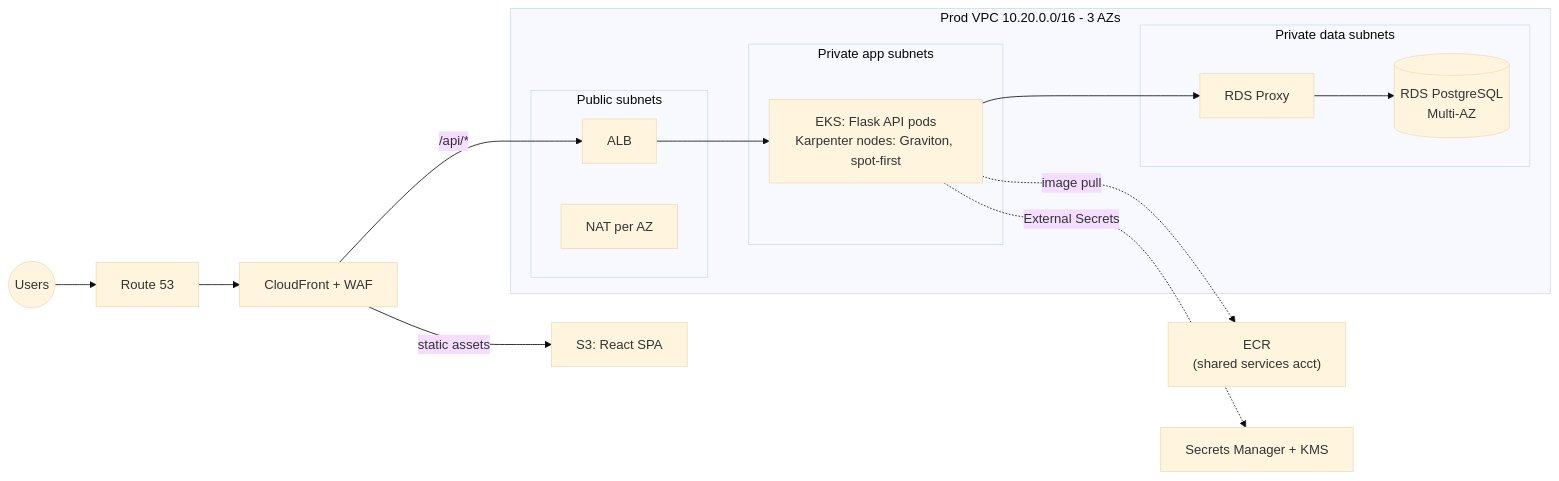
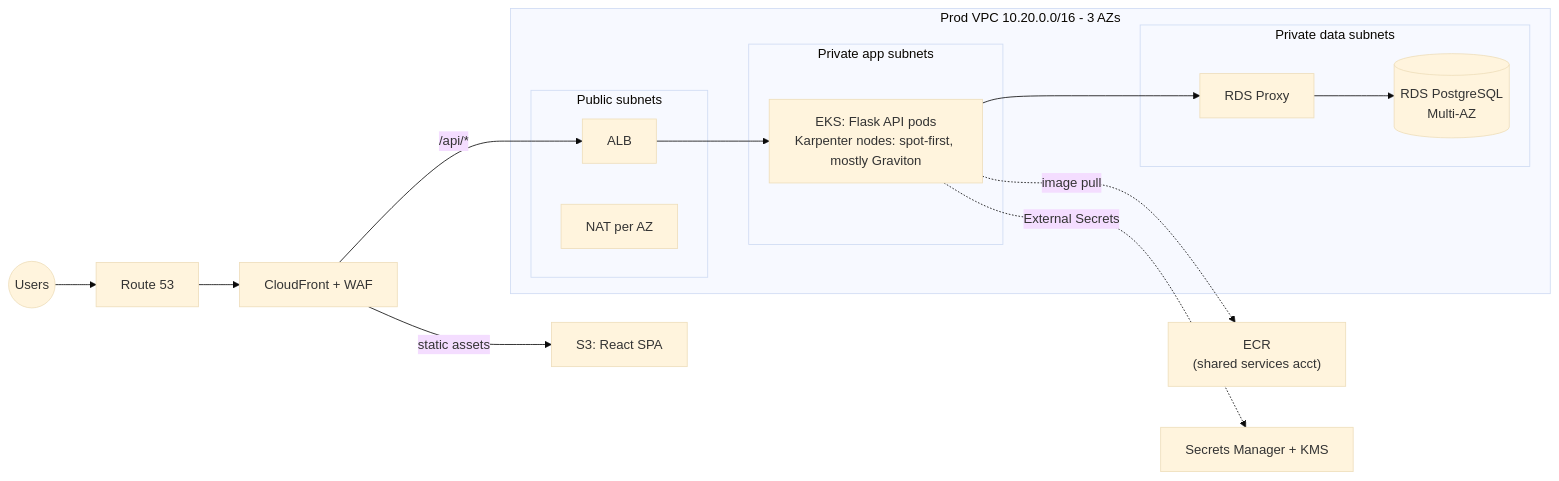
Before and after one commit to dayanstef/opsfleet-assignment: the first of 3 diagrams in architecture/README.md, drawn with Mermaid (base theme). The commit also changed other lines of this file and 1 other file, not shown here.

First line of the commit message:
docs: single Graviton narrative and review wording fixes

````diff
--- a/architecture/README.md
+++ b/architecture/README.md
@@ -38,28 +38,28 @@
 ```mermaid
 flowchart LR
     user(("Users"))
     r53["Route 53"]
     cf["CloudFront + WAF"]
     s3["S3: React SPA"]
     subgraph vpc["Prod VPC 10.20.0.0/16 - 3 AZs"]
         subgraph pub["Public subnets"]
             alb["ALB"]
             nat["NAT per AZ"]
         end
         subgraph app["Private app subnets"]
-            eks["EKS: Flask API pods<br/>Karpenter nodes: Graviton, spot-first"]
+            eks["EKS: Flask API pods<br/>Karpenter nodes: spot-first, mostly Graviton"]
         end
         subgraph data["Private data subnets"]
             proxy["RDS Proxy"]
             rds[("RDS PostgreSQL<br/>Multi-AZ")]
         end
     end
     ecr["ECR<br/>(shared services acct)"]
     sm["Secrets Manager + KMS"]
     user --> r53 --> cf
     cf -->|"static assets"| s3
     cf -->|"/api/*"| alb --> eks
     eks --> proxy --> rds
     eks -.->|"image pull"| ecr
     eks -.->|"External Secrets"| sm
 ```
````
